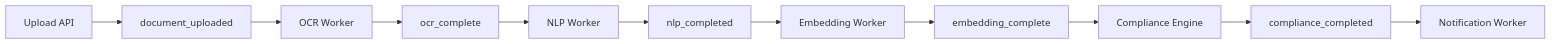
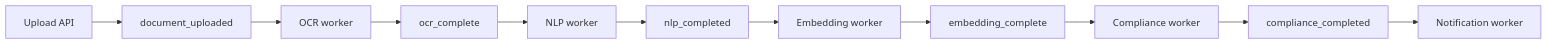
One commit to wassimhajjijunior/TAI changed the second of 4 diagrams in mi-parcours.md. Above: the diagram before and after it, drawn with Mermaid. The commit also changed other lines of this file, not shown here.

````diff
--- a/mi-parcours.md
+++ b/mi-parcours.md
@@ -191,13 +270,13 @@
 ```mermaid
 flowchart LR
-    A[Upload API] --> B[document_uploaded]
-    B --> C[OCR Worker]
-    C --> D[ocr_complete]
-    D --> E[NLP Worker]
-    E --> F[nlp_completed]
-    F --> G[Embedding Worker]
-    G --> H[embedding_complete]
-    H --> I[Compliance Engine]
-    I --> J[compliance_completed]
-    J --> K[Notification Worker]
+    U[Upload API] --> E1[document_uploaded]
+    E1 --> O[OCR worker]
+    O --> E2[ocr_complete]
+    E2 --> N[NLP worker]
+    N --> E3[nlp_completed]
+    E3 --> EM[Embedding worker]
+    EM --> E4[embedding_complete]
+    E4 --> C[Compliance worker]
+    C --> E5[compliance_completed]
+    E5 --> NO[Notification worker]
 ```
````
